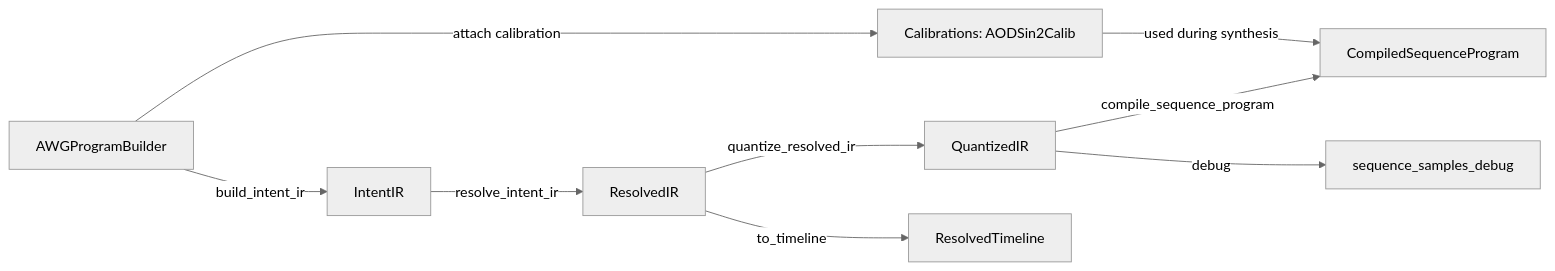
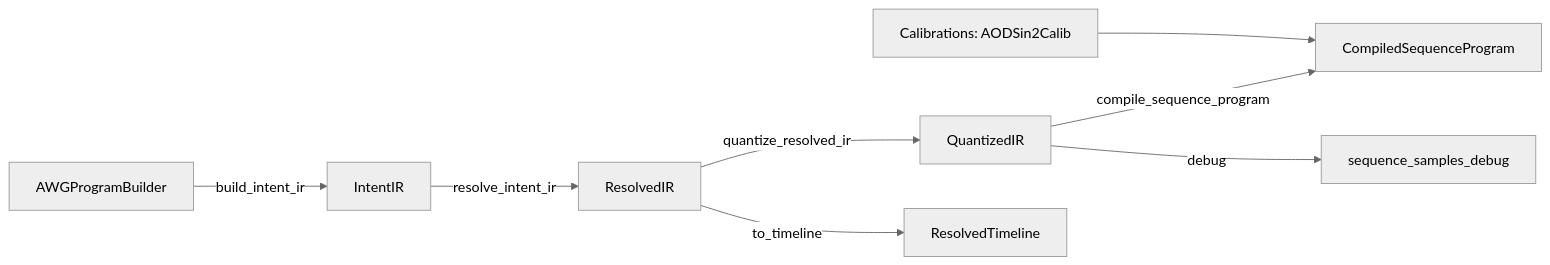
One commit to CornishLabs/AWGSegmentFactory changed the diagram in README.md. Above: the diagram before and after it, drawn with Mermaid (neutral theme). The commit also changed other lines of this file and 18 other files, not shown here.

````diff
--- a/README.md
+++ b/README.md
@@ -146,19 +146,18 @@
 ```mermaid
 flowchart LR
     B[AWGProgramBuilder]
     I[IntentIR]
     R[ResolvedIR]
     Q[QuantizedIR]
     C[CompiledSequenceProgram]
 
     B -- build_intent_ir --> I
     I -- resolve_intent_ir --> R
     R -- quantize_resolved_ir --> Q
     Q -- compile_sequence_program --> C
 
-    B -- attach calibration --> CAL[Calibrations: AODSin2Calib]
-    CAL -- used during synthesis --> C
+    CAL[Calibrations: AODSin2Calib] --> C
 
     R -- to_timeline --> TL[ResolvedTimeline]
     Q -- debug --> DBG[sequence_samples_debug]
 ```
````
